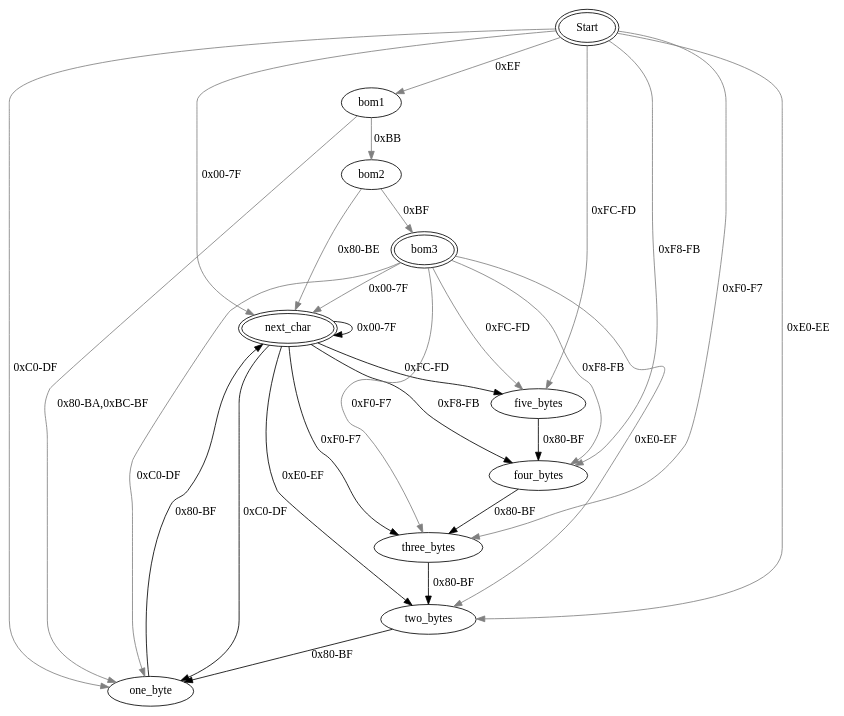
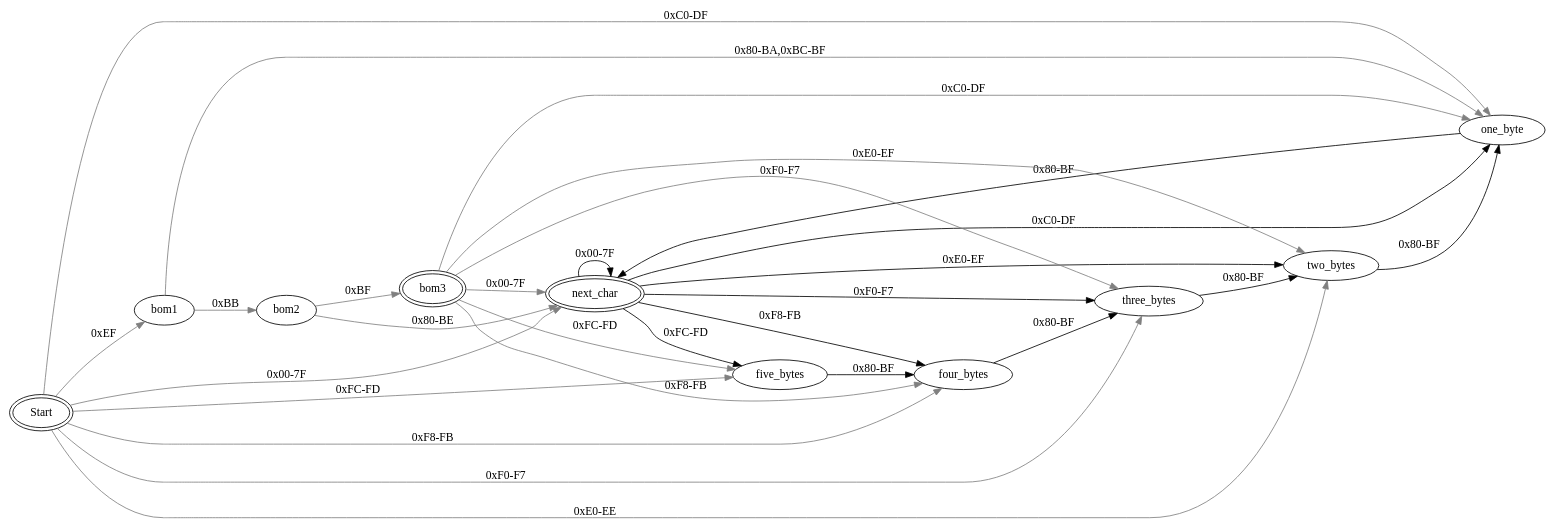
One commit to jschmerge/xos changed the diagram in src/automata/samples/utf8-input-bom.dot. Above: the diagram before and after it, drawn with Graphviz. The commit also changed 2 other files, not shown here.

Commit message:
New diagram

```diff
--- a/src/automata/samples/utf8-input-bom.dot
+++ b/src/automata/samples/utf8-input-bom.dot
@@ -1,61 +1,61 @@
 digraph Input {
-//	rankdir="LR"
+	rankdir="LR"
 	splines=true
 //	layout=fdp
 	layout=dot
 
 	edge [color=gray]
 
 	Start -> next_char [label="0x00-7F"]
 	Start -> one_byte [label="0xC0-DF"]
 	Start -> two_bytes [label="0xE0-EE"]
 	Start -> bom1 [label="0xEF"]
 	Start -> three_bytes [label="0xF0-F7"]
 	Start -> four_bytes [label="0xF8-FB"]
 	Start -> five_bytes [label="0xFC-FD"]
 
 	subgraph {
 		edge [color=black]
 
 		next_char -> next_char [label="0x00-7F"]
 		next_char -> one_byte [label="0xC0-DF"]
 		next_char -> two_bytes [label="0xE0-EF"]
 		next_char -> three_bytes [label="0xF0-F7"]
 		next_char -> four_bytes [label="0xF8-FB"]
 		next_char -> five_bytes [label="0xFC-FD"]
 
 		one_byte -> next_char [label="0x80-BF"]
 		two_bytes -> one_byte [label="0x80-BF"]
 		three_bytes -> two_bytes [label="0x80-BF"]
 		four_bytes -> three_bytes [label="0x80-BF"]
 		five_bytes -> four_bytes [label="0x80-BF"]
 	}
 
 	Start [peripheries=2]
 	next_char [peripheries=2]
 	bom3 [peripheries=2]
 
 	bom1 -> bom2 [label="0xBB"]
 	bom1 -> one_byte [label="0x80-BA,0xBC-BF"]
 
 	bom2 -> bom3 [label="0xBF"]
 	bom2 -> next_char [label="0x80-BE"]
 
 	bom3 -> next_char [label="0x00-7F"]
 	bom3 -> one_byte [label="0xC0-DF"]
 	bom3 -> two_bytes [label="0xE0-EF"]
 	bom3 -> three_bytes [label="0xF0-F7"]
 	bom3 -> four_bytes [label="0xF8-FB"]
 	bom3 -> five_bytes [label="0xFC-FD"]
 
 //	{ rank=same; "next_char"; "bom3"; }
 // 	Start -> error [label="0x80-BF"]
 // 	next_char -> error [label="0x80-BF"]
 
 
 //	five_bytes [label="0x4000000 -\n7FFFFFFF"]
 //	four_bytes [label="0x200000 -\n3FFFFFF"]
 //	three_bytes [label="0x10000 -\n1FFFFF"]
 //	two_bytes [label="0x0800 -\nFFFF"]
 //	one_byte [label="0x0080 -\n07ff"]
 }
```
